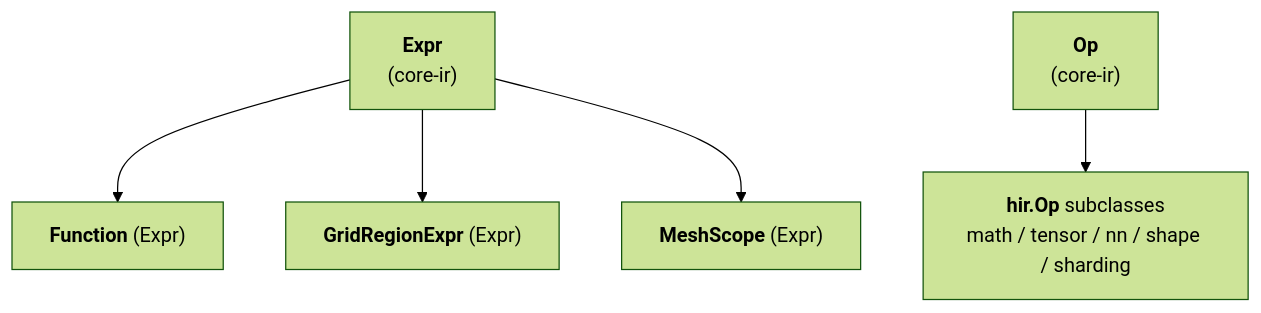
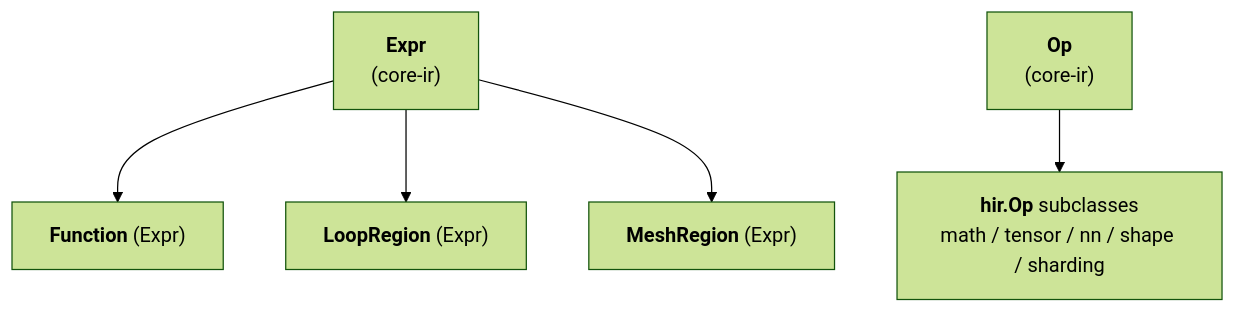
The diagram in docs/spec/hir.md (tile-ai/TileFoundry), drawn with Mermaid (forest theme) before and after one commit. The commit also changed other lines of this file and 45 other files, not shown here.

````diff
--- a/docs/spec/hir.md
+++ b/docs/spec/hir.md
@@ -12,14 +12,14 @@
 ```mermaid
 flowchart TB
     Expr["<b>Expr</b><br/>(core-ir)"]
     Op["<b>Op</b><br/>(core-ir)"]
     Function["<b>Function</b> (Expr)"]
-    GridRegionExpr["<b>GridRegionExpr</b> (Expr)"]
-    MeshScope["<b>MeshScope</b> (Expr)"]
+    LoopRegion["<b>LoopRegion</b> (Expr)"]
+    MeshRegion["<b>MeshRegion</b> (Expr)"]
     HirOpBase["<b>hir.Op</b> subclasses<br/>math / tensor / nn / shape / sharding"]
 
     Expr --> Function
-    Expr --> GridRegionExpr
-    Expr --> MeshScope
+    Expr --> LoopRegion
+    Expr --> MeshRegion
     Op --> HirOpBase
 ```
````
